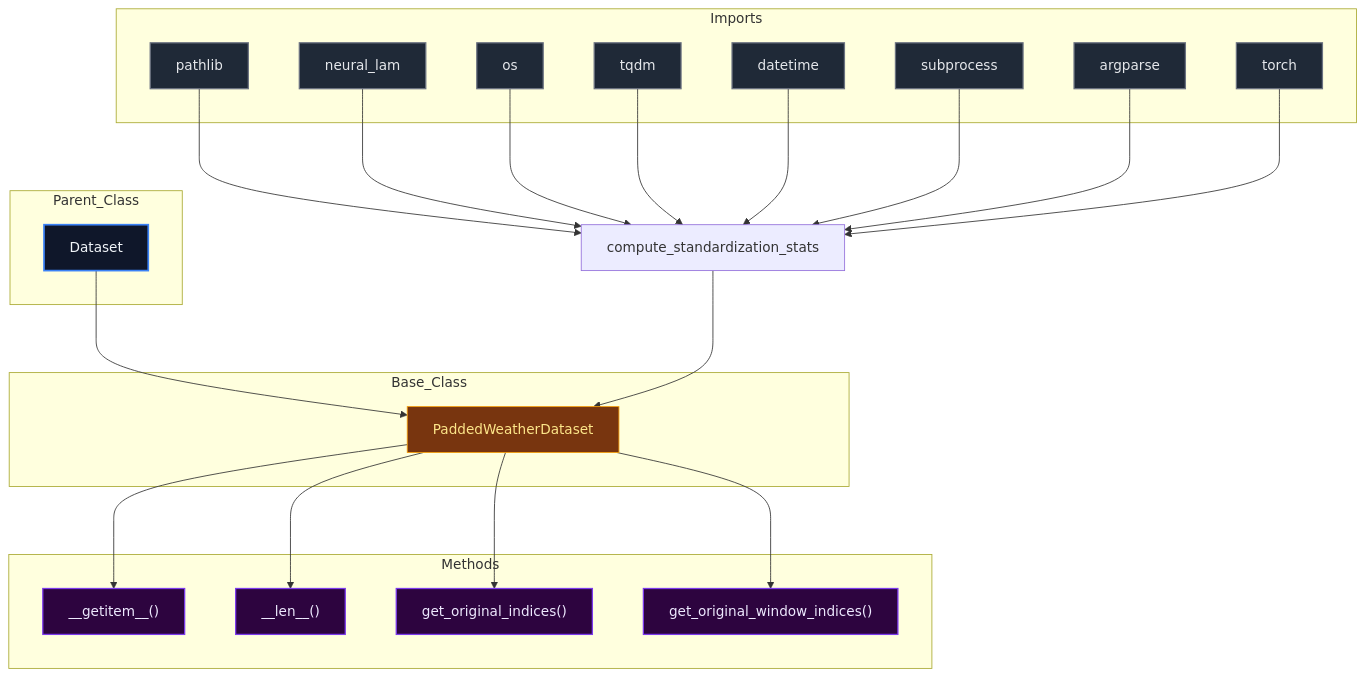
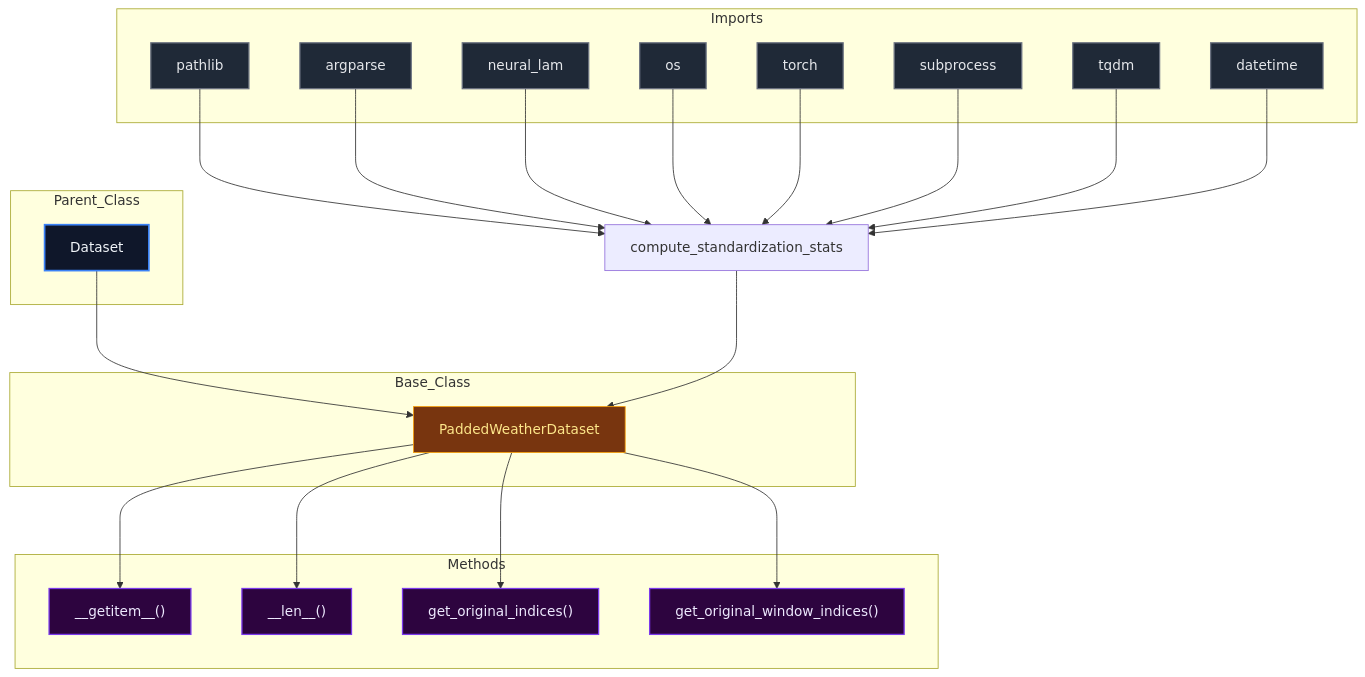
One commit to mllam/neural-lam changed the diagram in docs/diagrams/compute_standardization_stats_diagram.md. Above: the diagram before and after it, drawn with Mermaid. The commit also changed 19 other files, not shown here.

Commit message:
Auto-update Mermaid diagrams

````diff
--- a/docs/diagrams/compute_standardization_stats_diagram.md
+++ b/docs/diagrams/compute_standardization_stats_diagram.md
@@ -1,60 +1,60 @@
 ```mermaid
 %%{init: {'flowchart': {'nodeSpacing': 60, 'rankSpacing': 80}}}%%
 flowchart TD
 
 module["compute_standardization_stats"]
 
 subgraph Parent_Class
     Dataset["Dataset"]
 end
 
 subgraph Base_Class
     PaddedWeatherDataset["PaddedWeatherDataset"]
 end
 
     Dataset --> PaddedWeatherDataset
 
 subgraph Imports
     pathlib["pathlib"]
+    argparse["argparse"]
     neural_lam["neural_lam"]
     os["os"]
+    torch["torch"]
+    subprocess["subprocess"]
     tqdm["tqdm"]
     datetime["datetime"]
-    subprocess["subprocess"]
-    argparse["argparse"]
-    torch["torch"]
 end
 
     pathlib --> module
+    argparse --> module
     neural_lam --> module
     os --> module
+    torch --> module
+    subprocess --> module
     tqdm --> module
     datetime --> module
-    subprocess --> module
-    argparse --> module
-    torch --> module
     module --> PaddedWeatherDataset
 
 subgraph Methods
     PaddedWeatherDataset___getitem__["__getitem__()"]
     PaddedWeatherDataset___len__["__len__()"]
     PaddedWeatherDataset_get_original_indices["get_original_indices()"]
     PaddedWeatherDataset_get_original_window_indices["get_original_window_indices()"]
 end
 
     PaddedWeatherDataset --> PaddedWeatherDataset___getitem__
     PaddedWeatherDataset --> PaddedWeatherDataset___len__
     PaddedWeatherDataset --> PaddedWeatherDataset_get_original_indices
     PaddedWeatherDataset --> PaddedWeatherDataset_get_original_window_indices
 
 classDef parent fill:#0f172a,stroke:#3b82f6,stroke-width:2px,color:#f1f5f9,font-size:16px
 classDef base fill:#78350f,stroke:#f59e0b,stroke-width:1px,color:#fde68a,font-size:16px
 classDef import fill:#1f2937,stroke:#6b7280,stroke-width:1.5px,color:#e5e7eb,font-size:16px
 classDef method fill:#2d043f,stroke:#7c3aed,stroke-width:1.5px,color:#ede9fe,font-size:16px
 classDef callNode fill:#064e3b,stroke:#10b981,stroke-width:1.5px,color:#d1fae5,font-size:16px
 class Dataset parent
 class PaddedWeatherDataset base
-class pathlib,neural_lam,os,tqdm,datetime,subprocess,argparse,torch import
+class pathlib,argparse,neural_lam,os,torch,subprocess,tqdm,datetime import
 class PaddedWeatherDataset___getitem__,PaddedWeatherDataset___len__,PaddedWeatherDataset_get_original_indices,PaddedWeatherDataset_get_original_window_indices method
 
 ```
````
